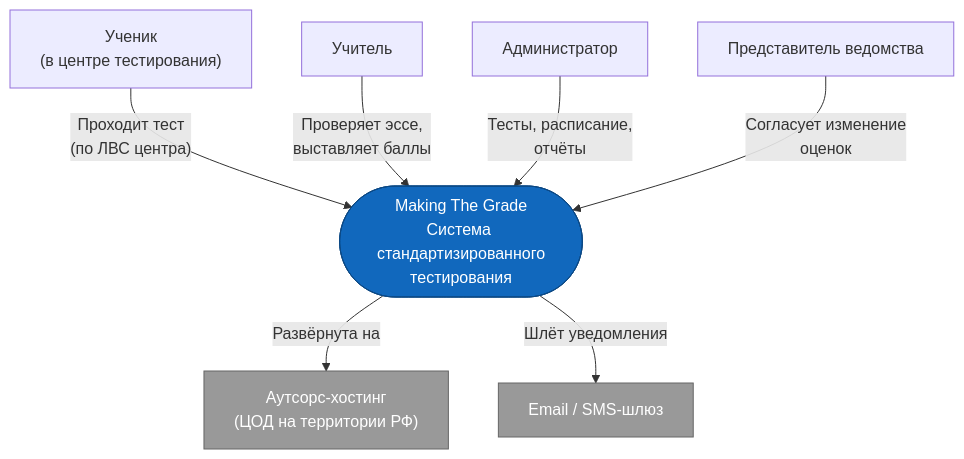
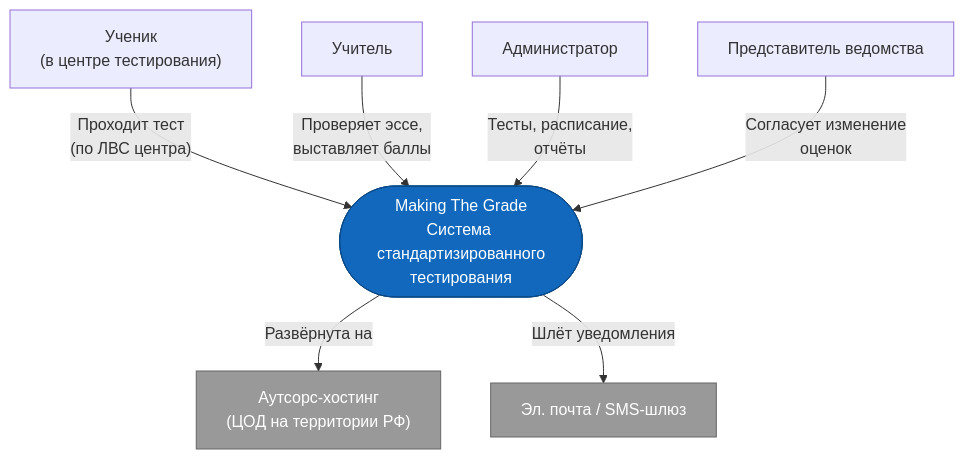
Before and after one commit to Hierugu/hse-system-design-2026: the first of 4 diagrams in HWs/HW2 Report.md, drawn with Mermaid. The commit also changed other lines of this file and 1 other file, not shown here.

````diff
--- a/HWs/HW2 Report.md
+++ b/HWs/HW2 Report.md
@@ -106,25 +106,25 @@
 ```mermaid
 flowchart TB
     Student["Ученик<br/>(в центре тестирования)"]
     Teacher["Учитель"]
     Admin["Администратор"]
     Agency["Представитель ведомства"]
 
     System(["Making The Grade<br/>Система стандартизированного<br/>тестирования"])
 
     Hosting["Аутсорс-хостинг<br/>(ЦОД на территории РФ)"]
-    Email["Email / SMS-шлюз"]
+    Email["Эл. почта / SMS-шлюз"]
 
     Student -->|"Проходит тест<br/>(по ЛВС центра)"| System
     Teacher -->|"Проверяет эссе,<br/>выставляет баллы"| System
     Admin -->|"Тесты, расписание,<br/>отчёты"| System
     Agency -->|"Согласует изменение<br/>оценок"| System
 
     System -->|"Развёрнута на"| Hosting
     System -->|"Шлёт уведомления"| Email
 
     classDef sys fill:#1168bd,stroke:#0b4884,color:#fff
     classDef ext fill:#999,stroke:#666,color:#fff
     class System sys
     class Hosting,Email ext
 ```
````
